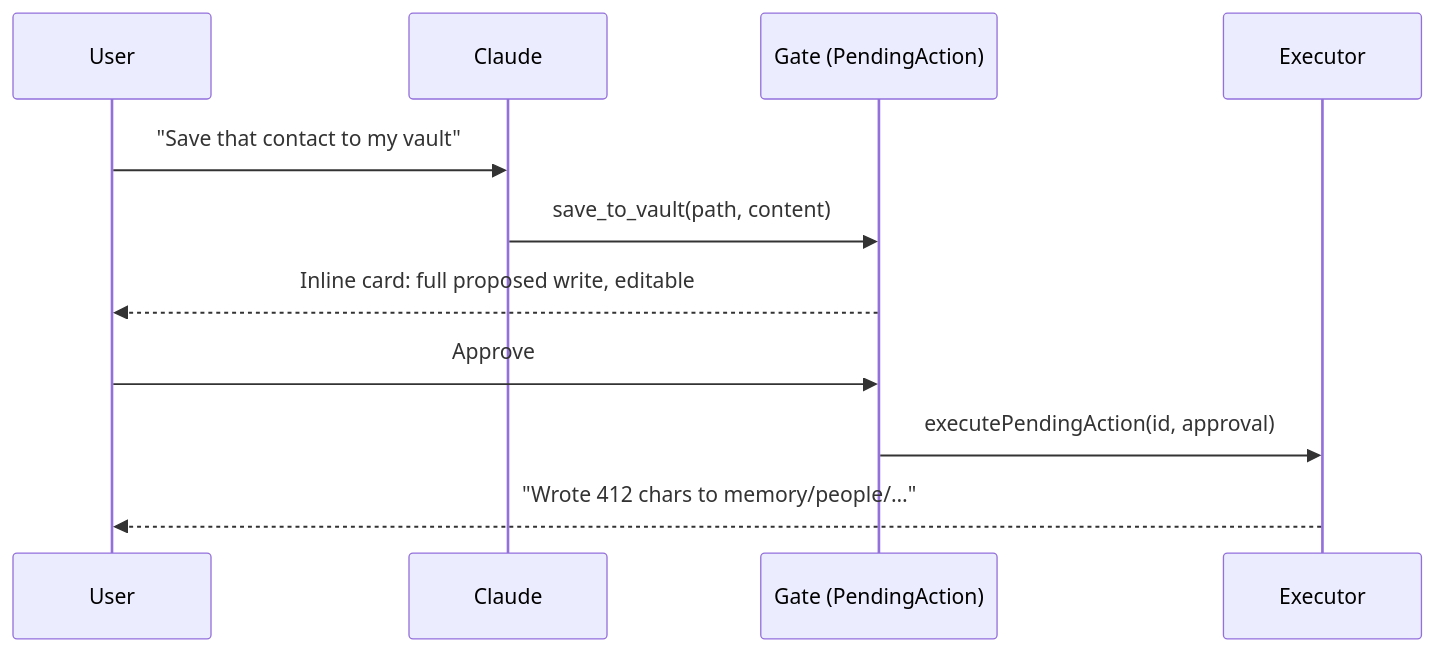
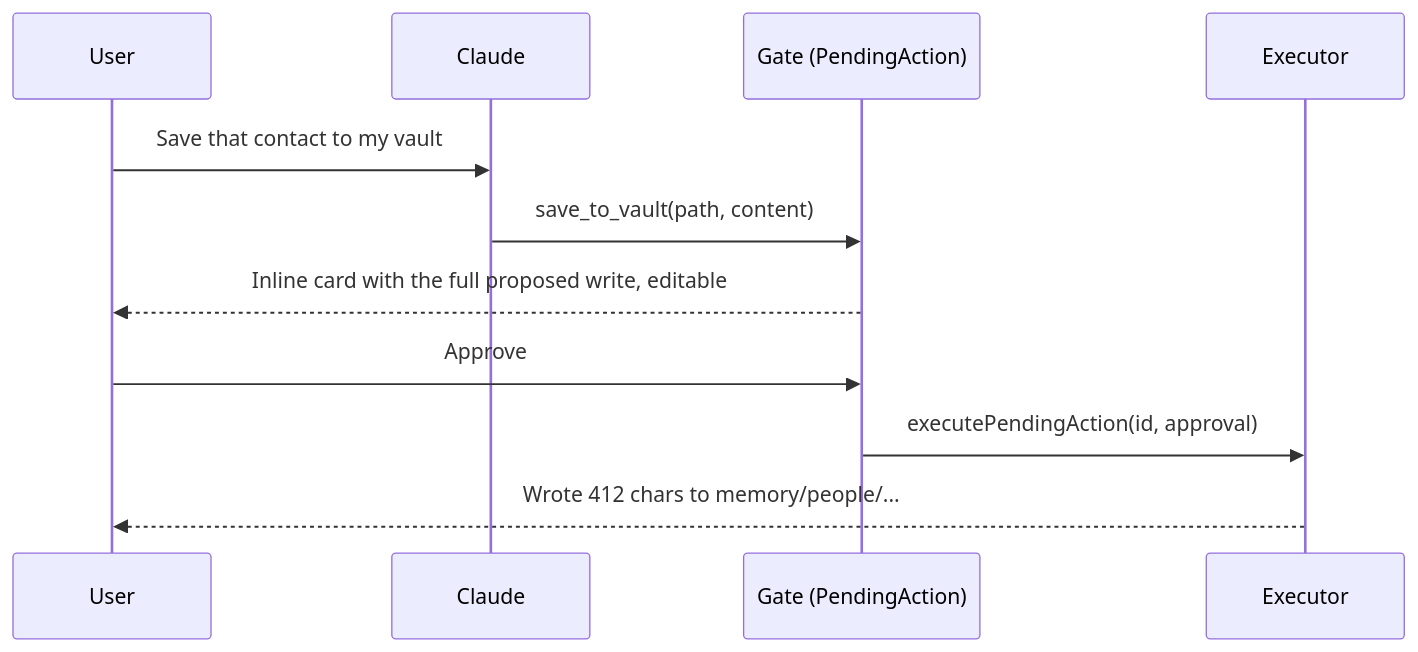
One commit to anuhtole/hatch changed the second of 2 diagrams in README.md. Above: the diagram before and after it, drawn with Mermaid. The commit also changed other lines of this file, not shown here.

Commit message:
docs: fix Mermaid diagram syntax so GitHub renders the architecture

````diff
--- a/README.md
+++ b/README.md
@@ -61,13 +71,13 @@
 ```mermaid
 sequenceDiagram
     participant U as User
     participant M as Claude
     participant G as Gate (PendingAction)
     participant X as Executor
-    U->>M: "Save that contact to my vault"
+    U->>M: Save that contact to my vault
     M->>G: save_to_vault(path, content)
-    G-->>U: Inline card: full proposed write, editable
+    G-->>U: Inline card with the full proposed write, editable
     U->>G: Approve
     G->>X: executePendingAction(id, approval)
-    X-->>U: "Wrote 412 chars to memory/people/…"
+    X-->>U: Wrote 412 chars to memory/people/...
 ```
````
